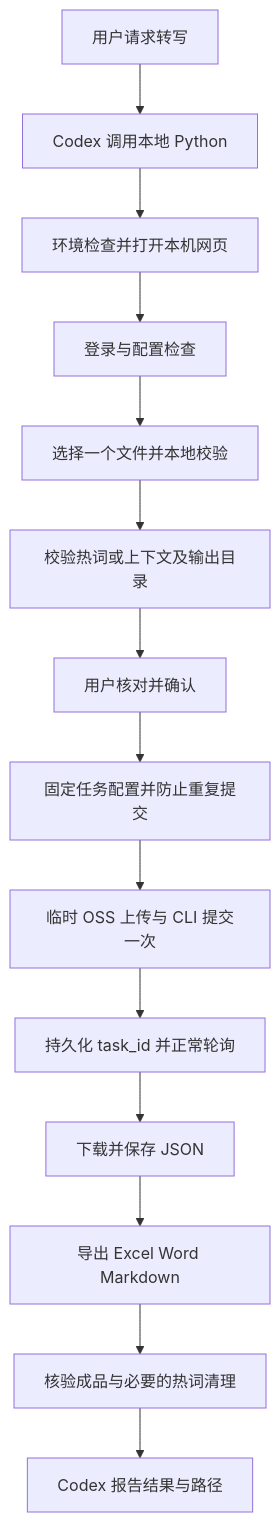
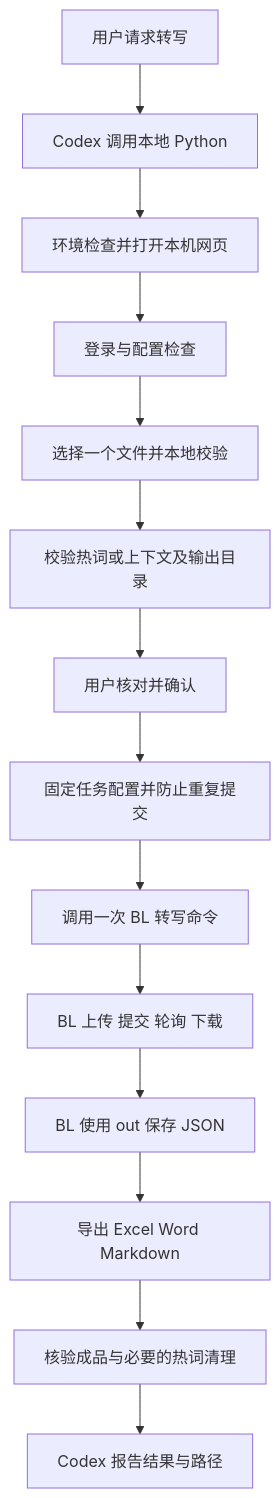
The diagram in doc/DEVELOPMENT.md (hx101700/asr-agent), drawn with Mermaid before and after one commit. The commit also changed other lines of this file and 7 other files, not shown here.

````diff
--- a/doc/DEVELOPMENT.md
+++ b/doc/DEVELOPMENT.md
@@ -41,16 +41,16 @@
 ```mermaid
 flowchart TD
     A[用户请求转写] --> B[Codex 调用本地 Python]
     B --> C[环境检查并打开本机网页]
     C --> D[登录与配置检查]
     D --> E[选择一个文件并本地校验]
     E --> F[校验热词或上下文及输出目录]
     F --> G[用户核对并确认]
     G --> H[固定任务配置并防止重复提交]
-    H --> I[临时 OSS 上传与 CLI 提交一次]
-    I --> J[持久化 task_id 并正常轮询]
-    J --> K[下载并保存 JSON]
+    H --> I[调用一次 BL 转写命令]
+    I --> J[BL 上传 提交 轮询 下载]
+    J --> K[BL 使用 out 保存 JSON]
     K --> L[导出 Excel Word Markdown]
     L --> M[核验成品与必要的热词清理]
     M --> N[Codex 报告结果与路径]
 ```
````
